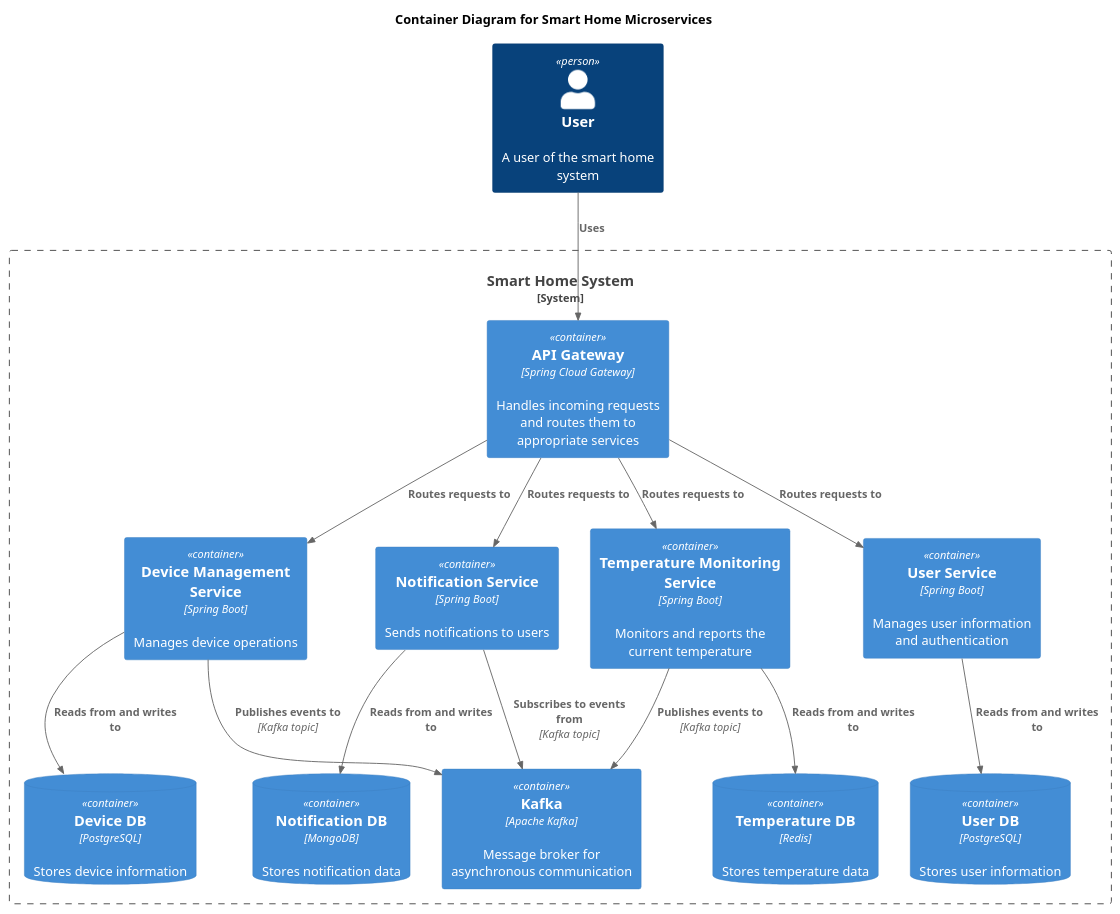
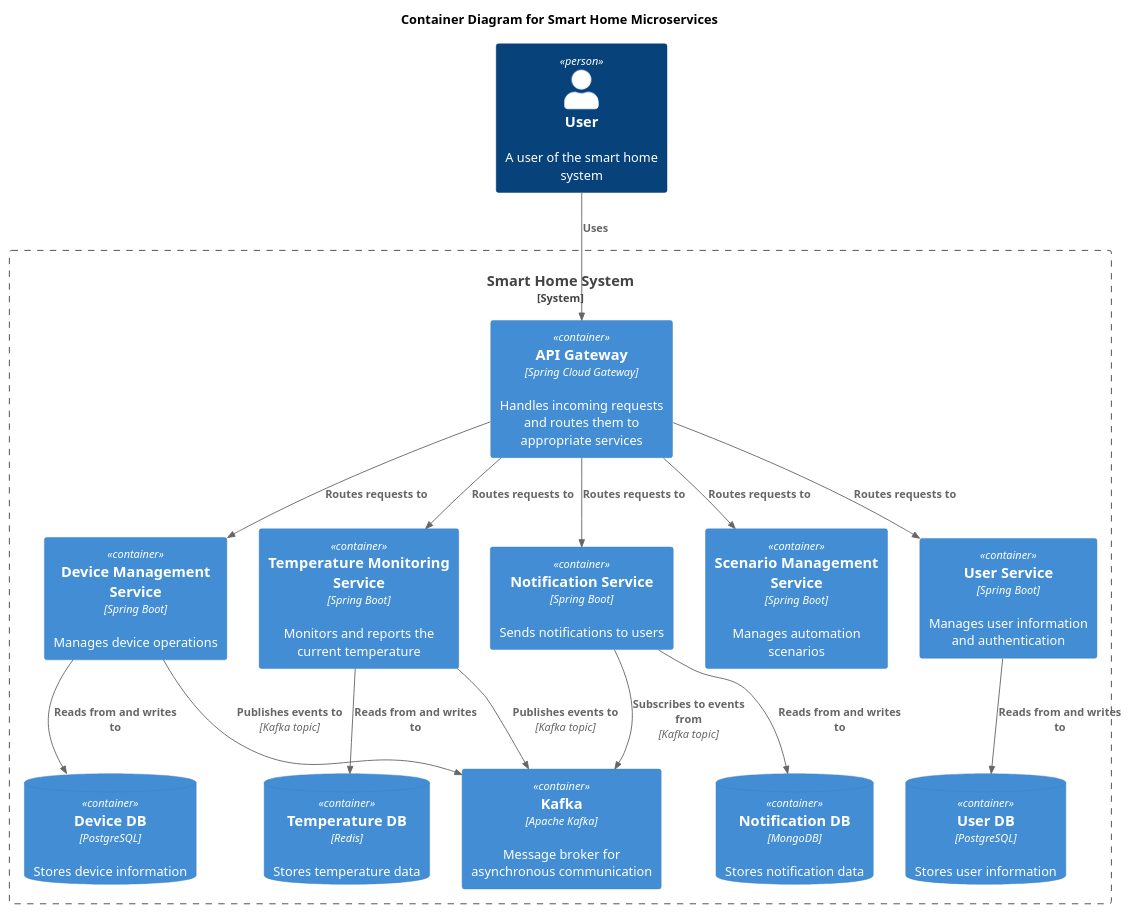
The diagram in C4_Containers.puml (am-avraam/architecture-sprint-3), drawn with PlantUML before and after one commit. The commit also changed 9 other files, not shown here.

```diff
--- a/C4_Containers.puml
+++ b/C4_Containers.puml
@@ -1,38 +1,40 @@
 @startuml
 !include https://raw.githubusercontent.com/plantuml-stdlib/C4-PlantUML/master/C4_Container.puml
 
 title Container Diagram for Smart Home Microservices
 
 Person(user, "User", "A user of the smart home system")
 
 System_Boundary(SmartHomeSystem, "Smart Home System") {
     Container(apiGateway, "API Gateway", "Spring Cloud Gateway", "Handles incoming requests and routes them to appropriate services")
     Container(deviceManagementService, "Device Management Service", "Spring Boot", "Manages device operations")
     Container(temperatureMonitoringService, "Temperature Monitoring Service", "Spring Boot", "Monitors and reports the current temperature")
     Container(userService, "User Service", "Spring Boot", "Manages user information and authentication")
+    Container(scenarioManagementService, "Scenario Management Service", "Spring Boot", "Manages automation scenarios")
     Container(notificationService, "Notification Service", "Spring Boot", "Sends notifications to users")
 
     ContainerDb(deviceDb, "Device DB", "PostgreSQL", "Stores device information")
     ContainerDb(temperatureDb, "Temperature DB", "Redis", "Stores temperature data")
     ContainerDb(userDb, "User DB", "PostgreSQL", "Stores user information")
     ContainerDb(notificationDb, "Notification DB", "MongoDB", "Stores notification data")
 
     Container(kafka, "Kafka", "Apache Kafka", "Message broker for asynchronous communication")
 }
 
 Rel(user, apiGateway, "Uses")
 Rel(apiGateway, deviceManagementService, "Routes requests to")
 Rel(apiGateway, temperatureMonitoringService, "Routes requests to")
 Rel(apiGateway, userService, "Routes requests to")
+Rel(apiGateway, scenarioManagementService, "Routes requests to")
 Rel(apiGateway, notificationService, "Routes requests to")
 
 Rel(deviceManagementService, deviceDb, "Reads from and writes to")
 Rel(temperatureMonitoringService, temperatureDb, "Reads from and writes to")
 Rel(userService, userDb, "Reads from and writes to")
 Rel(notificationService, notificationDb, "Reads from and writes to")
 
 Rel(deviceManagementService, kafka, "Publishes events to", "Kafka topic")
 Rel(temperatureMonitoringService, kafka, "Publishes events to", "Kafka topic")
 Rel(notificationService, kafka, "Subscribes to events from", "Kafka topic")
 
 @enduml
```
